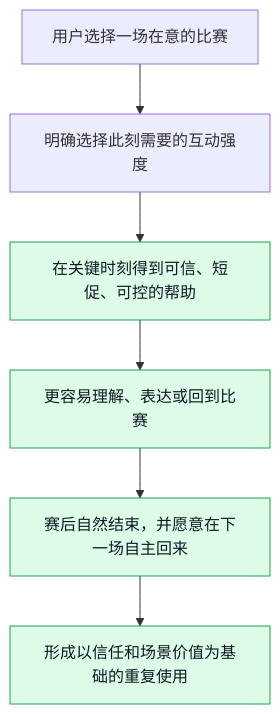
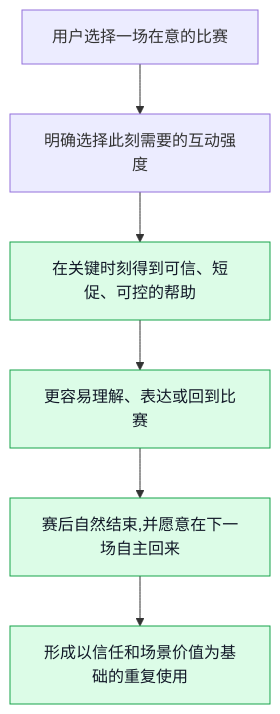
The first of 3 diagrams in docs/球球全套资料/1.市场洞察与战略定位/06-产品愿景与阶段路线图.md (weiz98417-crypto/qiuqiu), drawn with Mermaid before and after one commit. The commit also changed other lines of this file and 10 other files, not shown here.

````diff
--- a/docs/球球全套资料/1.市场洞察与战略定位/06-产品愿景与阶段路线图.md
+++ b/docs/球球全套资料/1.市场洞察与战略定位/06-产品愿景与阶段路线图.md
@@ -167,11 +121,11 @@
 ```mermaid
 flowchart TD
     A[用户选择一场在意的比赛] --> B[明确选择此刻需要的互动强度]
     B --> C[在关键时刻得到可信、短促、可控的帮助]
     C --> D[更容易理解、表达或回到比赛]
-    D --> E[赛后自然结束，并愿意在下一场自主回来]
+    D --> E[赛后自然结束,并愿意在下一场自主回来]
     E --> F[形成以信任和场景价值为基础的重复使用]
 
     classDef value fill:#dcfce7,stroke:#16a34a,color:#111827;
     class C,D,E,F value;
 ```
````
